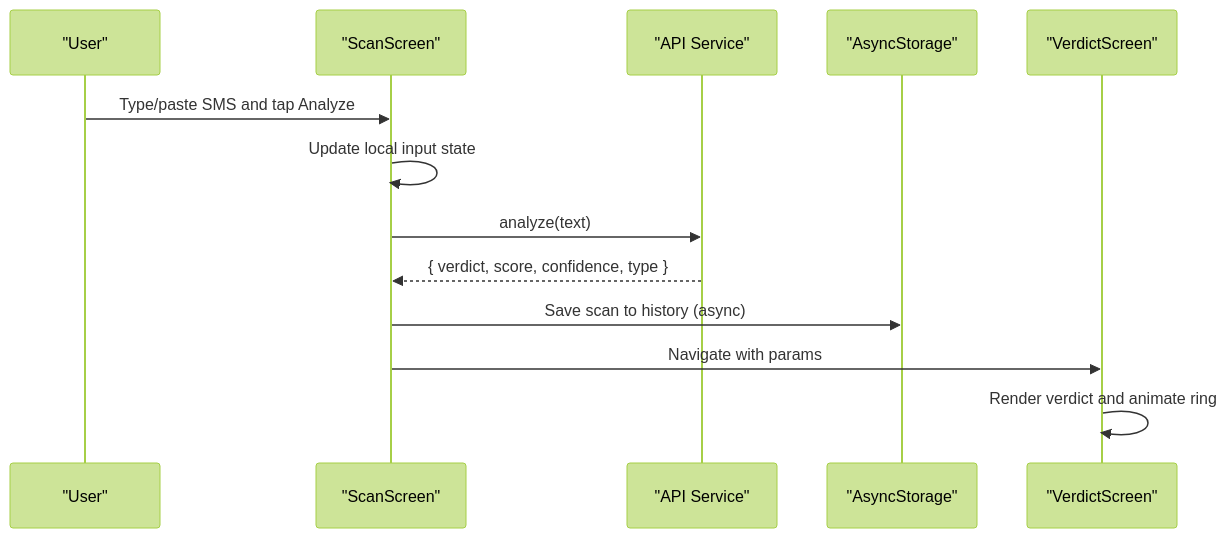
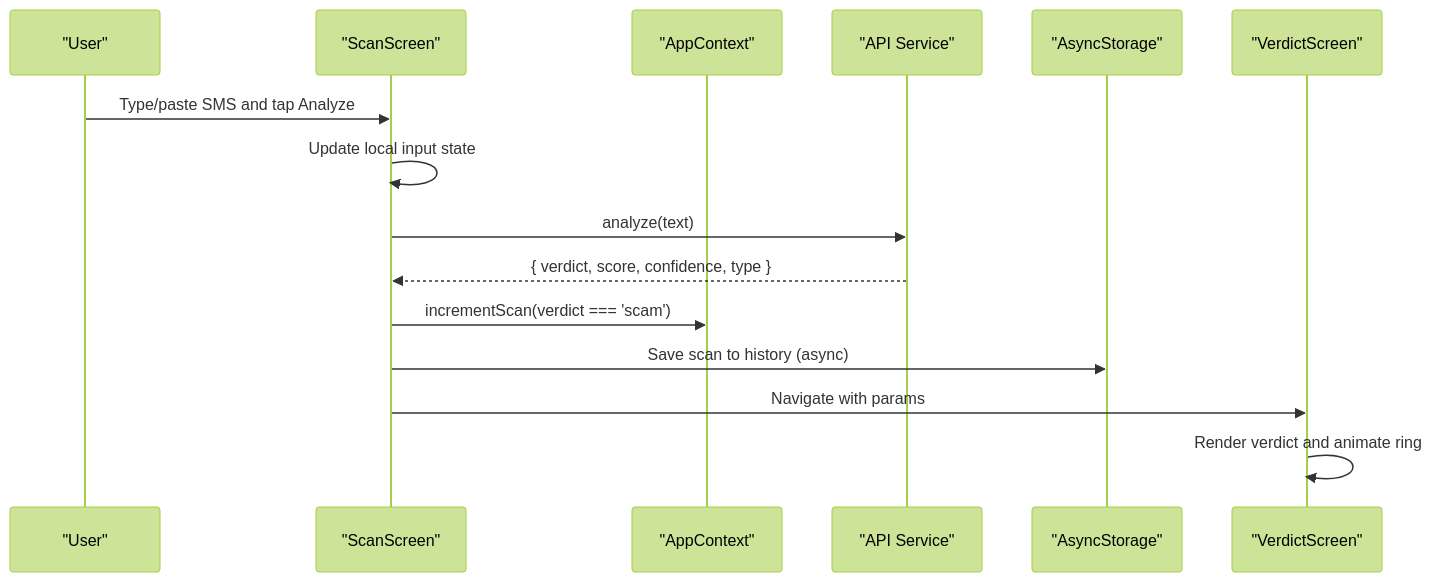
The third of 5 diagrams in .qoder/repowiki/en/content/Architecture & Design/State Management.md (cyberNoman/Safe-Pakistan), drawn with Mermaid (forest theme) before and after one commit. The commit also changed other lines of this file and 52 other files, not shown here.

Commit message:
Safe Pakistan: scam-detection app, 3-layer AI cascade, security hardening (SECURITY.md, .env.example, ignore rules)

````diff
--- a/.qoder/repowiki/en/content/Architecture & Design/State Management.md
+++ b/.qoder/repowiki/en/content/Architecture & Design/State Management.md
@@ -223,15 +249,17 @@
 ```mermaid
 sequenceDiagram
 participant U as "User"
 participant SS as "ScanScreen"
+participant AC as "AppContext"
 participant API as "API Service"
 participant Store as "AsyncStorage"
 participant VS as "VerdictScreen"
 U->>SS : Type/paste SMS and tap Analyze
 SS->>SS : Update local input state
 SS->>API : analyze(text)
 API-->>SS : { verdict, score, confidence, type }
+SS->>AC : incrementScan(verdict === 'scam')
 SS->>Store : Save scan to history (async)
 SS->>VS : Navigate with params
 VS->>VS : Render verdict and animate ring
 ```
````
